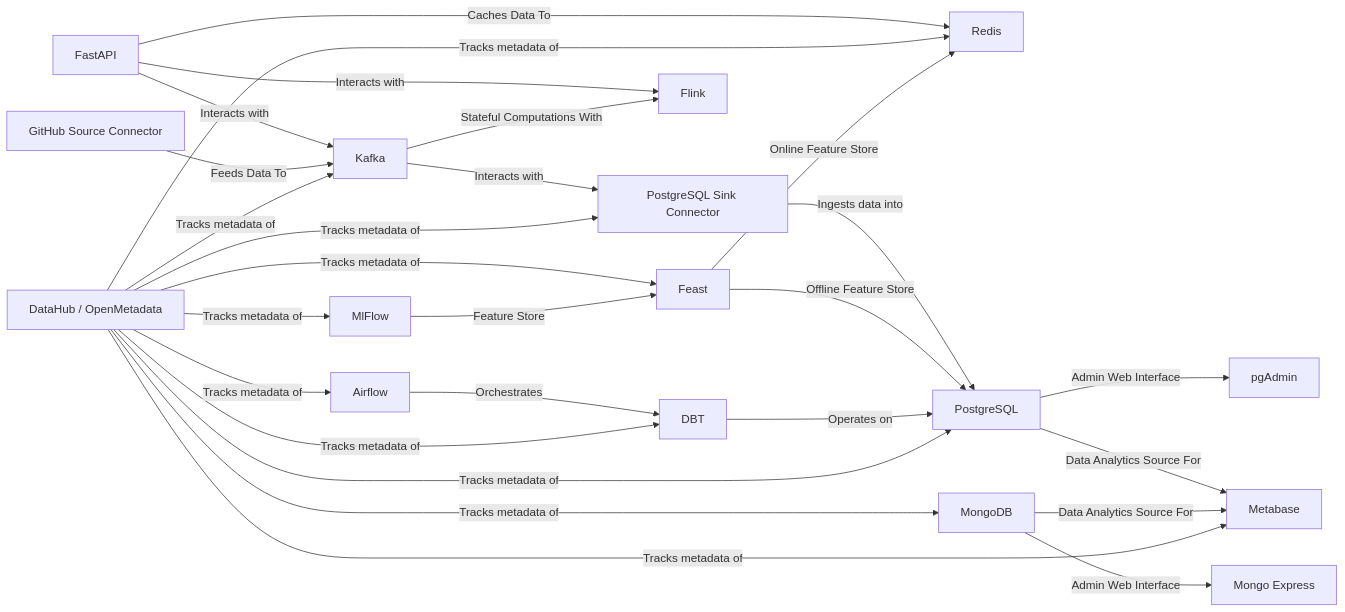
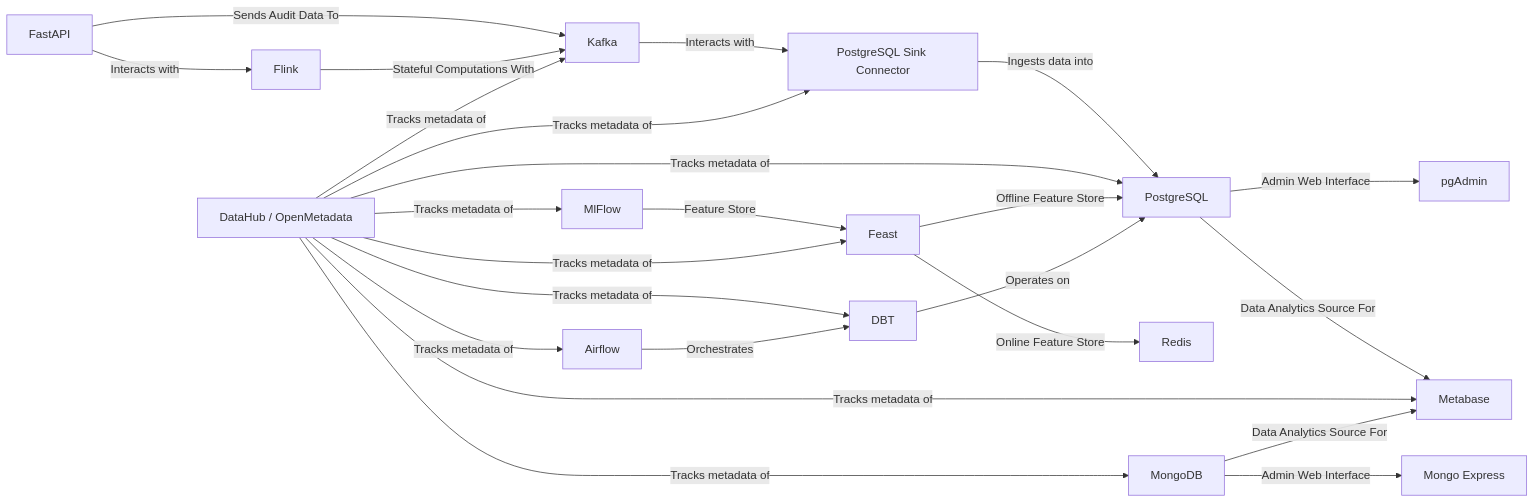
The diagram in docs/README.md (Foehammer82/tech-terrarium), drawn with Mermaid before and after one commit. The commit also changed other lines of this file and 13 other files, not shown here.

````diff
--- a/docs/README.md
+++ b/docs/README.md
@@ -41,29 +41,26 @@
 ```mermaid
 graph LR
-    A[FastAPI] -->|Caches Data To| B[Redis]
-    A -->|Interacts with| D[Kafka]
-    F[GitHub Source Connector] -->|Feeds Data To| D
-    D -->|Interacts with| E[PostgreSQL Sink Connector]
-    E -->|Ingests data into| L[PostgreSQL]
-    U -->|Offline Feature Store| L
-    L -->|Admin Web Interface| M[pgAdmin]
-    A -->|Interacts with| G
-    D -->|Stateful Computations With| G[Flink]
-    L -->|Data Analytics Source For| K[Metabase]
-    I[MongoDB] -->|Admin Web Interface| J[Mongo Express]
-    I -->|Data Analytics Source For| K
-    O[Airflow] -->|Orchestrates| P[DBT]
-    P -->|Operates on| L
-    Q[DataHub / OpenMetadata] -->|Tracks metadata of| B
-    Q -->|Tracks metadata of| I
-    Q -->|Tracks metadata of| L
-    Q -->|Tracks metadata of| K
-    Q -->|Tracks metadata of| O
-    Q -->|Tracks metadata of| T[MlFlow]
+    A[FastAPI] -->|Sends Audit Data To| B[Kafka]
+    C[Flink] -->|Stateful Computations With| B
+    B -->|Interacts with| D[PostgreSQL Sink Connector]
+    D -->|Ingests data into| E[PostgreSQL]
+    E -->|Admin Web Interface| F[pgAdmin]
     Q -->|Tracks metadata of| E
+    G[Feast] -->|Offline Feature Store| E
+    G -->|Online Feature Store| V[Redis]
+    E -->|Data Analytics Source For| H[Metabase]
+    T[MlFlow] -->|Feature Store| G
+    Q[DataHub / OpenMetadata] -->|Tracks metadata of| I[MongoDB]
+    Q -->|Tracks metadata of| H
+    Q -->|Tracks metadata of| O[Airflow]
+    Q -->|Tracks metadata of| T
     Q -->|Tracks metadata of| D
-    Q -->|Tracks metadata of| P
-    Q -->|Tracks metadata of| U
-    T -->|Feature Store| U[Feast]
-    U -->|Online Feature Store| B
+    Q -->|Tracks metadata of| B
+    Q -->|Tracks metadata of| P[DBT]
+    Q -->|Tracks metadata of| G
+    O -->|Orchestrates| P
+    P -->|Operates on| E
+    A -->|Interacts with| C
+    I -->|Admin Web Interface| J[Mongo Express]
+    I -->|Data Analytics Source For| H
 ```
````
